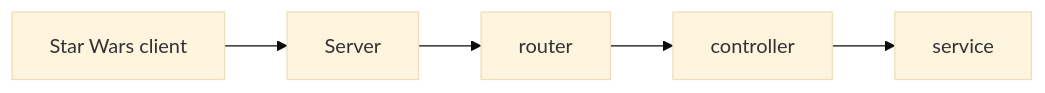
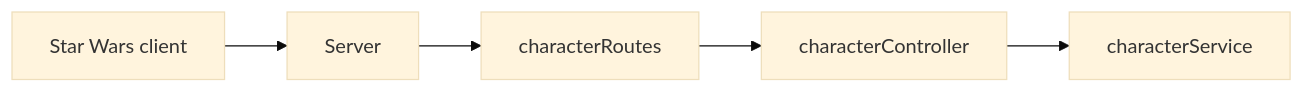
One commit to nicky4gun/starwars_web changed the diagram in readme.md. Above: the diagram before and after it, drawn with Mermaid (base theme). The commit also changed other lines of this file and 10 other files, not shown here.

````diff
--- a/readme.md
+++ b/readme.md
@@ -5,8 +3,8 @@
 ```mermaid
 flowchart LR
     A[Star Wars client] --> B[Server]
-    B --> C[router]
-    C --> E[controller]
-    E --> F[service]
+    B --> C[characterRoutes]
+    C --> E[characterController]
+    E --> F[characterService]
 
 ```
````
